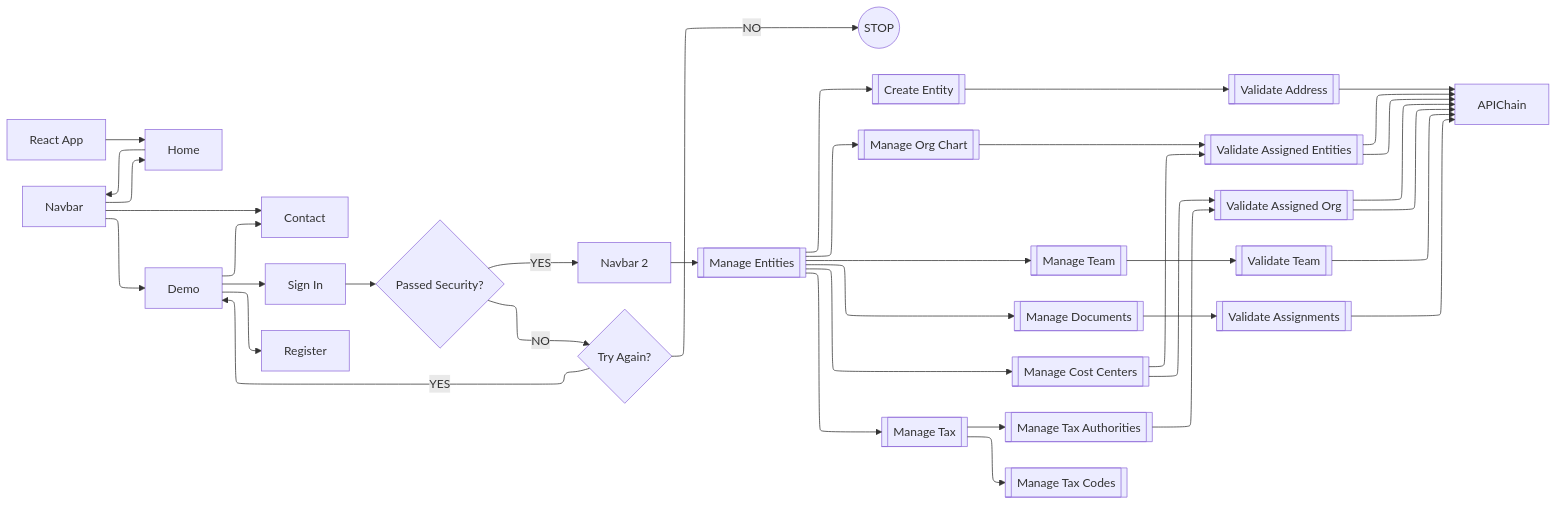
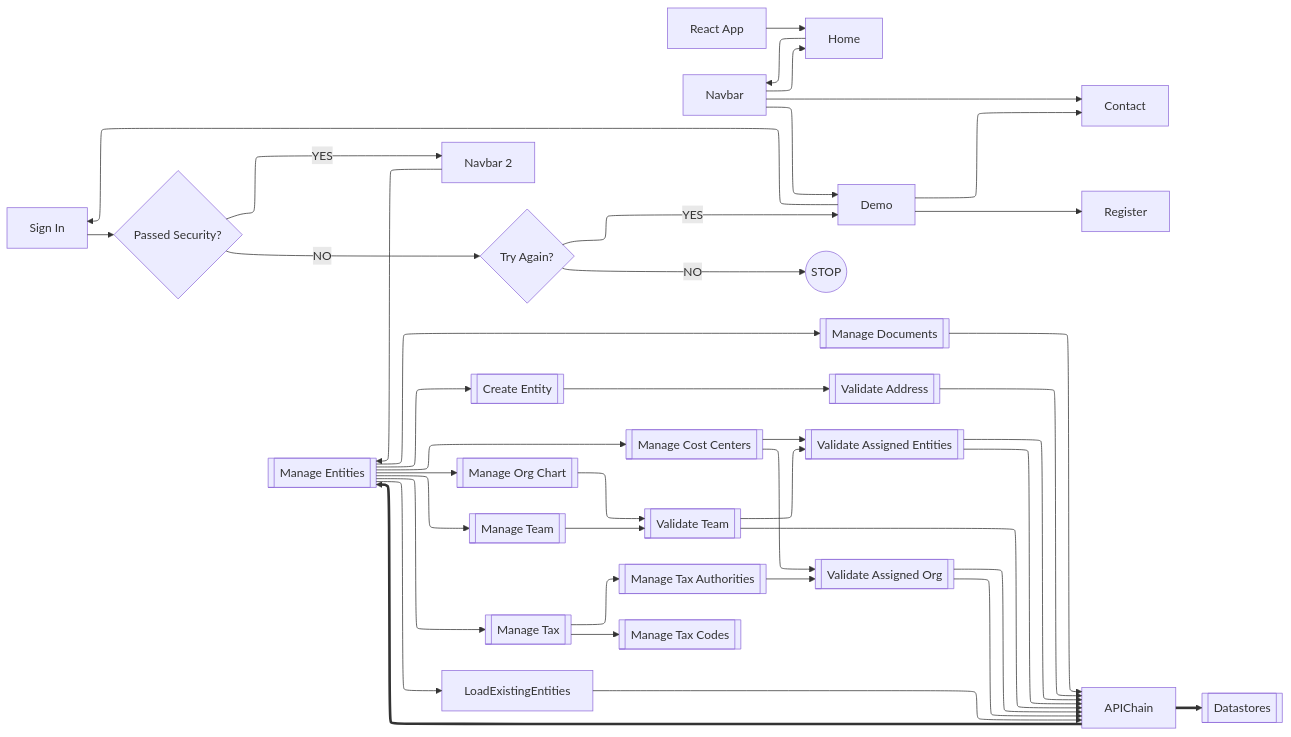
Before and after one commit to NeilWP/SUSTINA_CAB: the diagram in WORKFLOW/0002 MANAGE ENTITIES.md, drawn with Mermaid.

Commit message:
Update 0002 MANAGE ENTITIES.md

````diff
--- a/WORKFLOW/0002 MANAGE ENTITIES.md
+++ b/WORKFLOW/0002 MANAGE ENTITIES.md
@@ -5,26 +5,30 @@
 ```mermaid
 ---
 config:
   layout: elk
 ---
 flowchart LR
     ReactApp["React App"] --> Home["Home"]
     Home --> Navbar
     Navbar --> Home & Demo["Demo"] & Contact["Contact"]
     Demo --> SignIn["Sign In"] & Register["Register"] & Contact
     SignIn --> AuthOK{"Passed Security?"}
     AuthOK -->|YES| Navbar2["Navbar 2"]
     AuthOK -->|NO| TRYAGAIN{"Try Again?"}
     TRYAGAIN -->|YES| Demo
     TRYAGAIN -->|NO| circleId(("`STOP`"))
-
- 
     Navbar2 --> ManageEntities[["`Manage Entities`"]] --> CreateEntity[["`Create Entity`"]] & ManageOrgChart[["`Manage Org Chart`"]] & ManageTeam[["`Manage Team`"]] & ManageDocuments[["`Manage Documents`"]] & ManageCostCenters[["`Manage Cost Centers`"]] & ManageTax[["`Manage Tax`"]]
+    dbId[["`Datastores`"]]
     CreateEntity --> ValidateAddress[["`Validate Address`"]] --> APIChain
     ManageCostCenters --> ValidateEntities[["`Validate Assigned Entities`"]] & ValidateFunction[["`Validate Assigned Org`"]] --> APIChain
     ManageTeam --> ValidateTeam[["`Validate Team`"]] --> APIChain
-    ManageOrgChart --> ValidateEntities --> APIChain
-    ManageDocuments --> ValidateAssignemnt[["`Validate Assignments`"]] --> APIChain
+    ManageOrgChart --> ValidateTeam
+    ValidateTeam --> ValidateEntities --> APIChain
     ManageTax --> ManageTaxDates[["`Manage Tax Authorities`"]] & ManageTaxStandard[["`Manage Tax Codes`"]]
     ManageTaxDates --> ValidateFunction --> APIChain
+    ManageDocuments --> APIChain
+    APIChain ==> dbId
+    LoadExistingEntities --> APIChain
+    ManageEntities --> LoadExistingEntities
+    APIChain ==> ManageEntities
 ```
````
